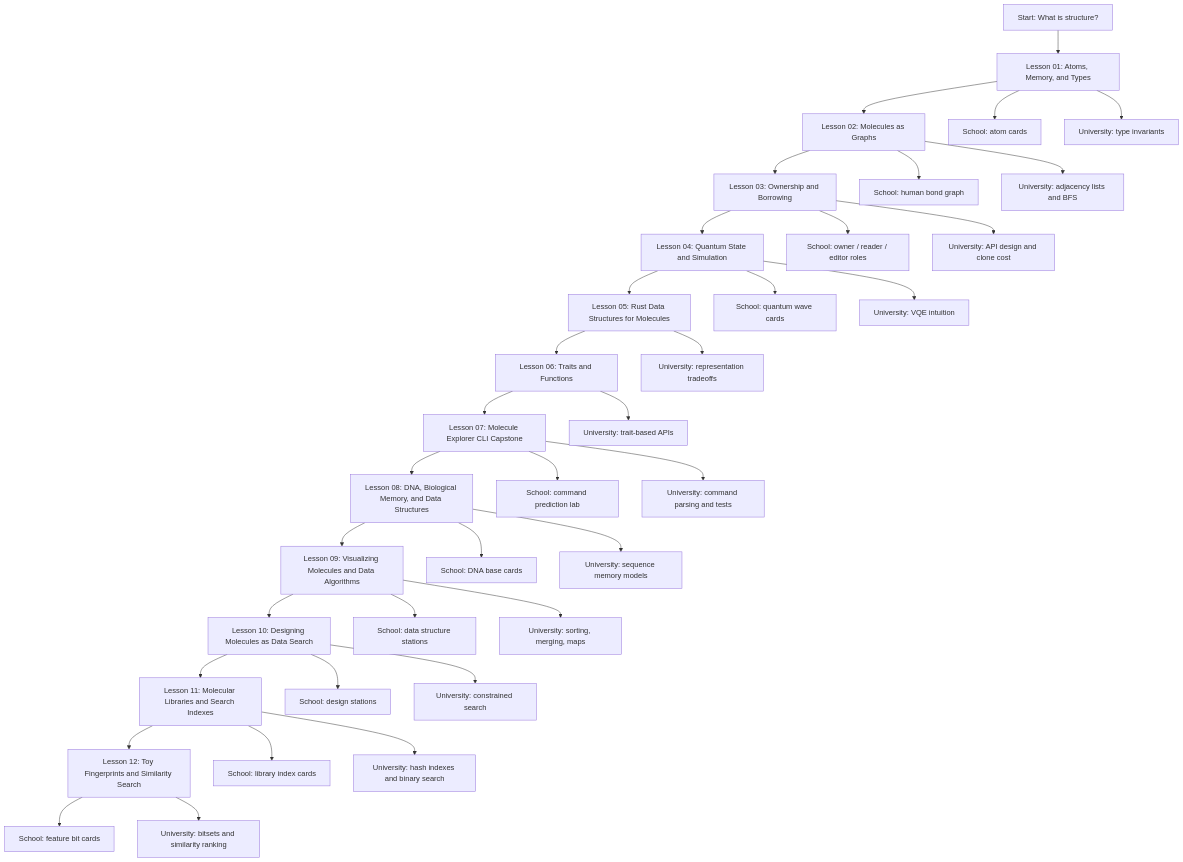
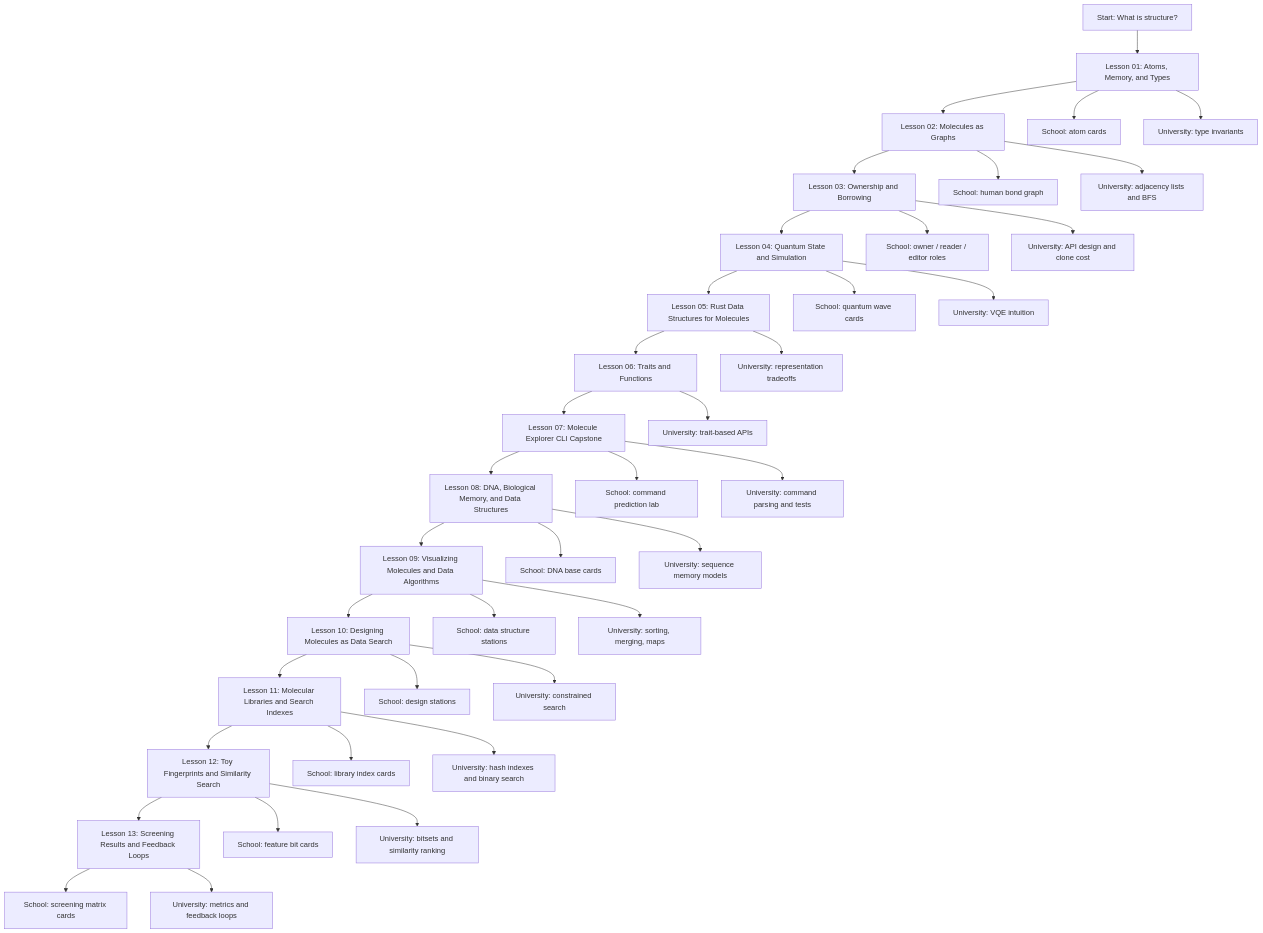
One commit to shastaratech/bio-memory-rust-lab changed the diagram in visuals/mermaid/course-map.md. Above: the diagram before and after it, drawn with Mermaid. The commit also changed 21 other files, not shown here.

Commit message:
feat: add screening feedback loop lesson

````diff
--- a/visuals/mermaid/course-map.md
+++ b/visuals/mermaid/course-map.md
@@ -9,39 +9,42 @@
 ```mermaid
 flowchart TD
     A["Start: What is structure?"] --> B["Lesson 01: Atoms, Memory, and Types"]
     B --> C["Lesson 02: Molecules as Graphs"]
     C --> D["Lesson 03: Ownership and Borrowing"]
     D --> E["Lesson 04: Quantum State and Simulation"]
     E --> F["Lesson 05: Rust Data Structures for Molecules"]
     F --> G["Lesson 06: Traits and Functions"]
     G --> H["Lesson 07: Molecule Explorer CLI Capstone"]
     H --> I["Lesson 08: DNA, Biological Memory, and Data Structures"]
     I --> J["Lesson 09: Visualizing Molecules and Data Algorithms"]
     J --> K["Lesson 10: Designing Molecules as Data Search"]
     K --> L["Lesson 11: Molecular Libraries and Search Indexes"]
     L --> M["Lesson 12: Toy Fingerprints and Similarity Search"]
+    M --> N["Lesson 13: Screening Results and Feedback Loops"]
 
     B --> S1["School: atom cards"]
     C --> S2["School: human bond graph"]
     D --> S3["School: owner / reader / editor roles"]
     E --> S4["School: quantum wave cards"]
     H --> S7["School: command prediction lab"]
     I --> S8["School: DNA base cards"]
     J --> S9["School: data structure stations"]
     K --> S10["School: design stations"]
     L --> S11["School: library index cards"]
     M --> S12["School: feature bit cards"]
+    N --> S13["School: screening matrix cards"]
 
     B --> U1["University: type invariants"]
     C --> U2["University: adjacency lists and BFS"]
     D --> U3["University: API design and clone cost"]
     E --> U4["University: VQE intuition"]
     F --> U5["University: representation tradeoffs"]
     G --> U6["University: trait-based APIs"]
     H --> U7["University: command parsing and tests"]
     I --> U8["University: sequence memory models"]
     J --> U9["University: sorting, merging, maps"]
     K --> U10["University: constrained search"]
     L --> U11["University: hash indexes and binary search"]
     M --> U12["University: bitsets and similarity ranking"]
+    N --> U13["University: metrics and feedback loops"]
 ```
````
